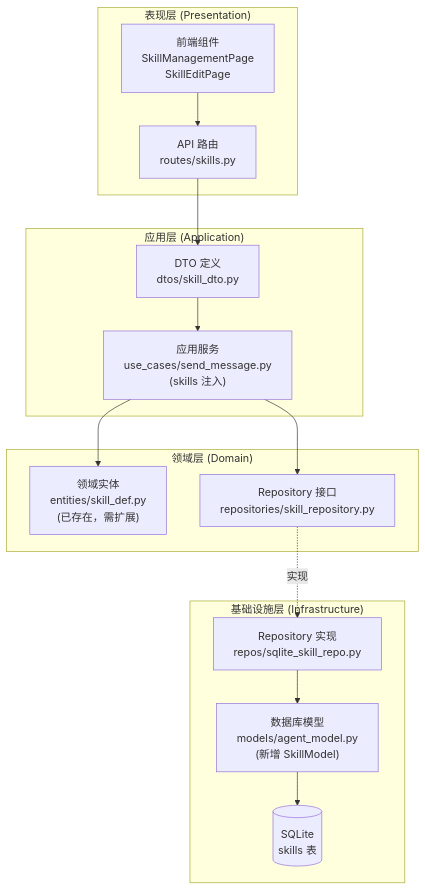
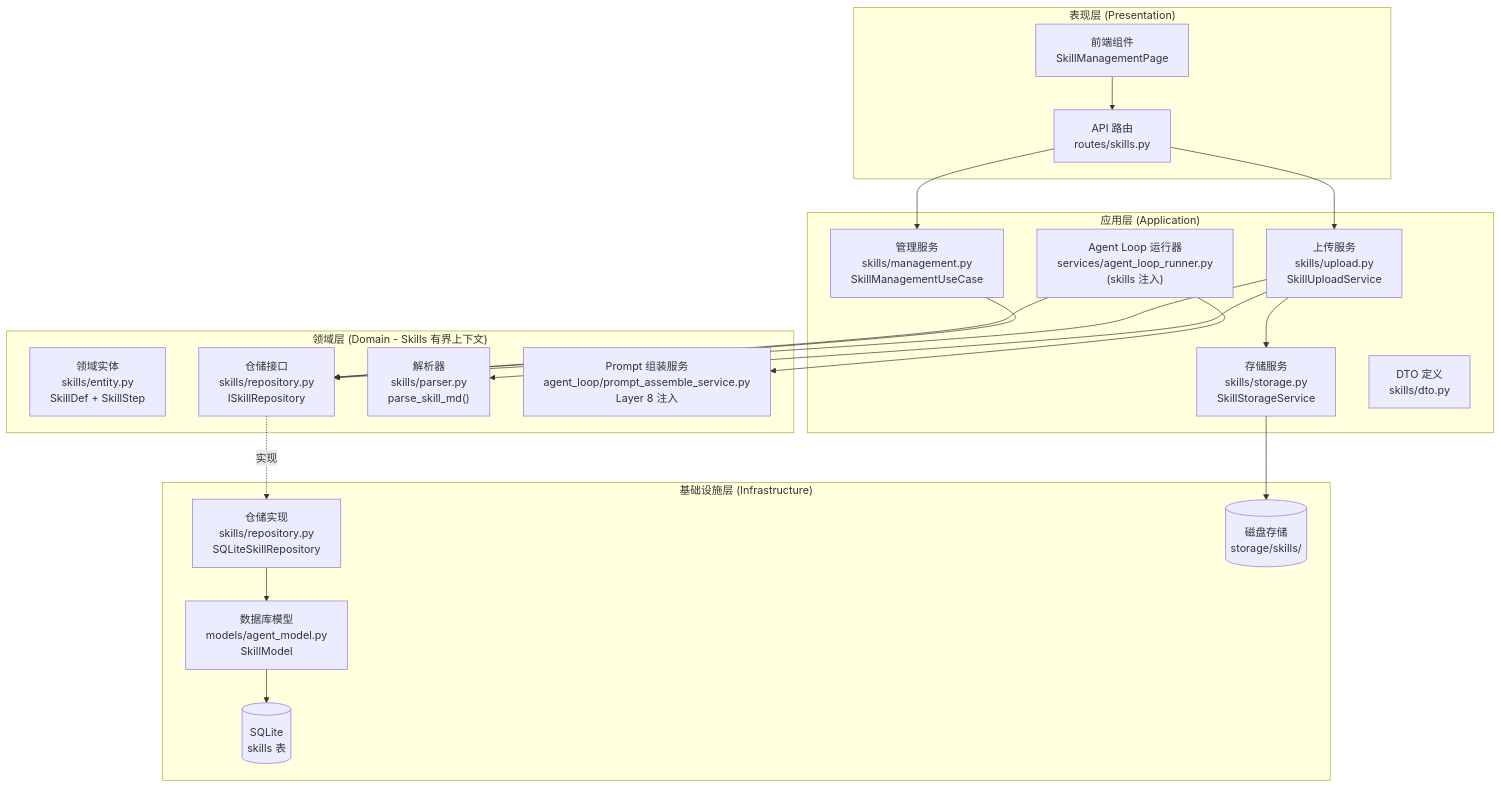
Before and after one commit to solarest/yanyun-agent: the first of 4 diagrams in design/6_skills-design.md, drawn with Mermaid. The commit also changed other lines of this file and 9 other files, not shown here.

````diff
--- a/design/6_skills-design.md
+++ b/design/6_skills-design.md
@@ -30,32 +32,43 @@
 ```mermaid
 graph TB
     subgraph Presentation["表现层 (Presentation)"]
         API["API 路由<br/>routes/skills.py"]
-        FE["前端组件<br/>SkillManagementPage<br/>SkillEditPage"]
+        FE["前端组件<br/>SkillManagementPage"]
     end
-    
+
     subgraph Application["应用层 (Application)"]
-        DTO["DTO 定义<br/>dtos/skill_dto.py"]
-        UseCase["应用服务<br/>use_cases/send_message.py<br/>(skills 注入)"]
+        UploadSvc["上传服务<br/>skills/upload.py<br/>SkillUploadService"]
+        MgmtSvc["管理服务<br/>skills/management.py<br/>SkillManagementUseCase"]
+        StorageSvc["存储服务<br/>skills/storage.py<br/>SkillStorageService"]
+        DTO["DTO 定义<br/>skills/dto.py"]
+        LoopRunner["Agent Loop 运行器<br/>services/agent_loop_runner.py<br/>(skills 注入)"]
     end
-    
-    subgraph Domain["领域层 (Domain)"]
-        Entity["领域实体<br/>entities/skill_def.py<br/>(已存在，需扩展)"]
-        RepoIF["Repository 接口<br/>repositories/skill_repository.py"]
+
+    subgraph Domain["领域层 (Domain - Skills 有界上下文)"]
+        Entity["领域实体<br/>skills/entity.py<br/>SkillDef + SkillStep"]
+        RepoIF["仓储接口<br/>skills/repository.py<br/>ISkillRepository"]
+        Parser["解析器<br/>skills/parser.py<br/>parse_skill_md()"]
+        PromptSvc["Prompt 组装服务<br/>agent_loop/prompt_assemble_service.py<br/>Layer 8 注入"]
     end
-    
+
     subgraph Infrastructure["基础设施层 (Infrastructure)"]
-        Model["数据库模型<br/>models/agent_model.py<br/>(新增 SkillModel)"]
-        RepoImpl["Repository 实现<br/>repos/sqlite_skill_repo.py"]
-        DB[(SQLite<br/>skills 表)]
+        Model["数据库模型<br/>models/agent_model.py<br/>SkillModel"]
+        RepoImpl["仓储实现<br/>skills/repository.py<br/>SQLiteSkillRepository"]
+        DB[("SQLite<br/>skills 表")]
+        Disk[("磁盘存储<br/>storage/skills/")]
     end
-    
+
     FE --> API
-    API --> DTO
-    DTO --> UseCase
-    UseCase --> Entity
-    UseCase --> RepoIF
+    API --> UploadSvc
+    API --> MgmtSvc
+    UploadSvc --> StorageSvc
+    UploadSvc --> Parser
+    UploadSvc --> RepoIF
+    MgmtSvc --> RepoIF
+    LoopRunner --> RepoIF
+    LoopRunner --> PromptSvc
     RepoIF -.实现.-> RepoImpl
     RepoImpl --> Model
     Model --> DB
+    StorageSvc --> Disk
 ```
````
